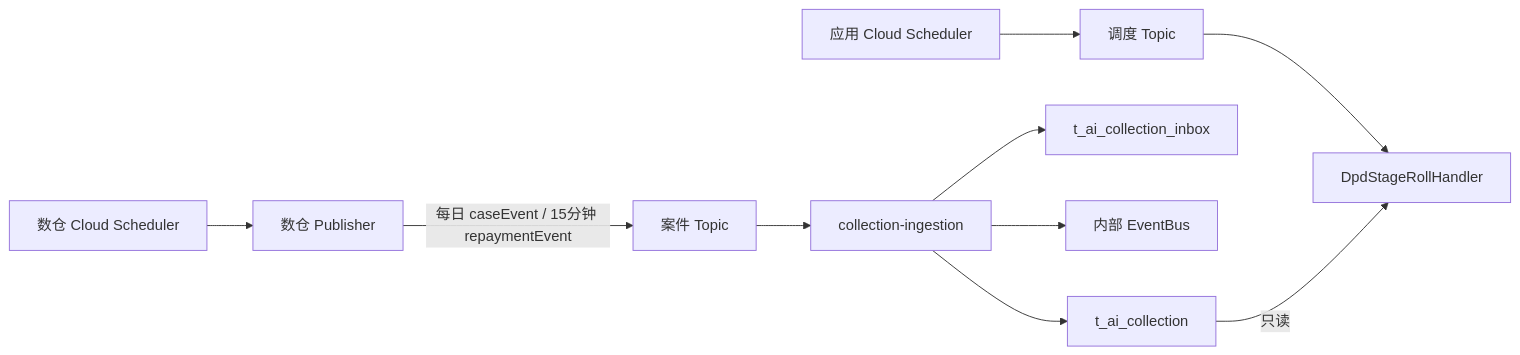
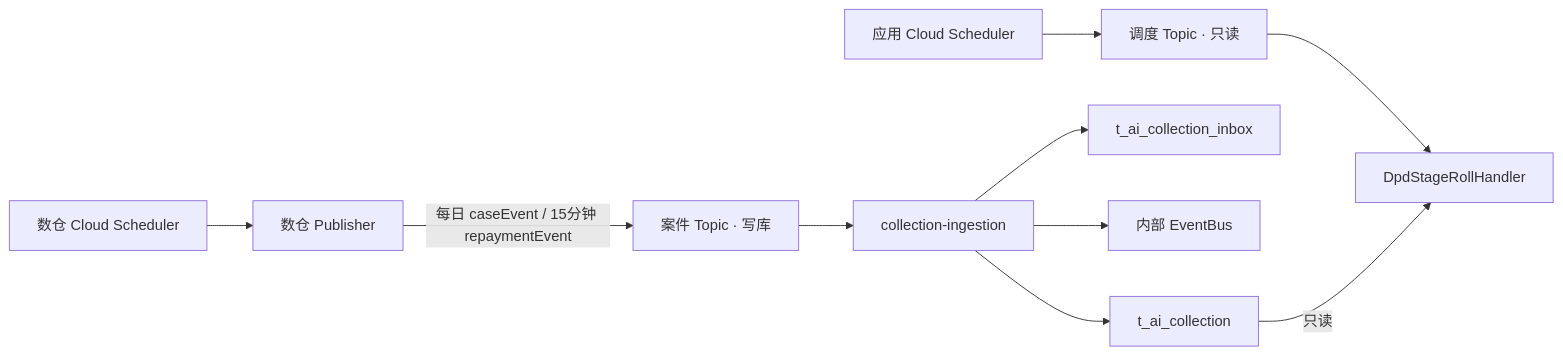
One commit to katherineliu2102/Intelligent-Collection-V1 changed the diagram in docs/数仓_PubSub交付契约.md. Above: the diagram before and after it, drawn with Mermaid. The commit also changed other lines of this file and 56 other files, not shown here.

````diff
--- a/docs/数仓_PubSub交付契约.md
+++ b/docs/数仓_PubSub交付契约.md
@@ -29,12 +60,12 @@
 ```mermaid
 flowchart LR
   warehouseScheduler["数仓 Cloud Scheduler"] --> publisher["数仓 Publisher"]
-  publisher -->|"每日 caseEvent / 15分钟 repaymentEvent"| caseTopic["案件 Topic"]
+  publisher -->|"每日 caseEvent / 15分钟 repaymentEvent"| caseTopic["案件 Topic · 写库"]
   caseTopic --> ingestion["collection-ingestion"]
   ingestion --> projection["t_ai_collection"]
   ingestion --> inbox["t_ai_collection_inbox"]
   ingestion --> eventBus["内部 EventBus"]
-  appScheduler["应用 Cloud Scheduler"] --> scheduleTopic["调度 Topic"]
+  appScheduler["应用 Cloud Scheduler"] --> scheduleTopic["调度 Topic · 只读"]
   scheduleTopic --> dailyRoll["DpdStageRollHandler"]
   projection -->|只读| dailyRoll
 ```
````
